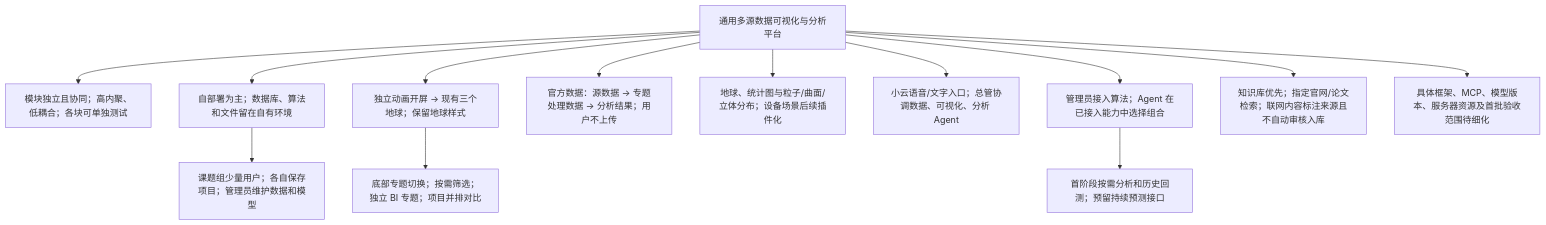
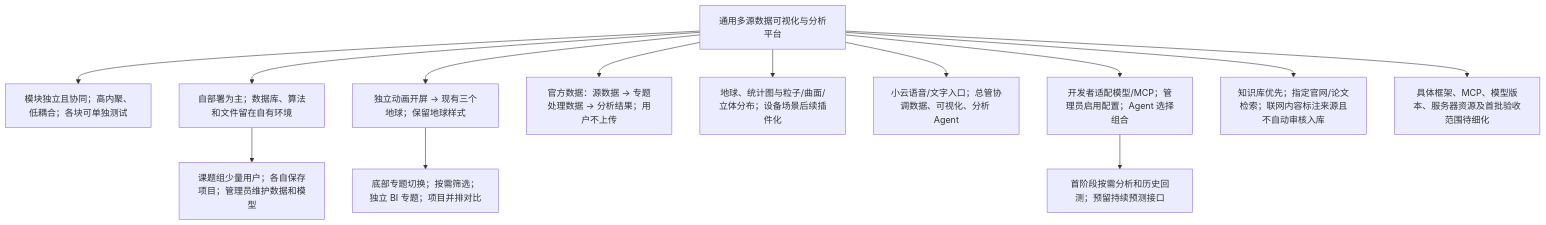
The first of 3 diagrams in PROJECT_DASHBOARD.md (shelly-zyz/clone_website), drawn with Mermaid before and after one commit. The commit also changed 1 other file, not shown here.

Commit message:
docs(architecture): clarify approved plugin management scope

````diff
--- a/PROJECT_DASHBOARD.md
+++ b/PROJECT_DASHBOARD.md
@@ -12,16 +12,16 @@
 ```mermaid
 flowchart TD
     NEW["通用多源数据可视化与分析平台"]
     NEW --> PRINCIPLES["模块独立且协同；高内聚、低耦合；各块可单独测试"]
     NEW --> DEPLOY["自部署为主；数据库、算法和文件留在自有环境"]
     DEPLOY --> USERS["课题组少量用户；各自保存项目；管理员维护数据和模型"]
     NEW --> ENTRY["独立动画开屏 → 现有三个地球；保留地球样式"]
     ENTRY --> UI["底部专题切换；按需筛选；独立 BI 专题；项目并排对比"]
     NEW --> DATA["官方数据：源数据 → 专题处理数据 → 分析结果；用户不上传"]
     NEW --> VIZ["地球、统计图与粒子/曲面/立体分布；设备场景后续插件化"]
     NEW --> AGENTS["小云语音/文字入口；总管协调数据、可视化、分析 Agent"]
-    NEW --> ANALYSIS["管理员接入算法；Agent 在已接入能力中选择组合"]
+    NEW --> ANALYSIS["开发者适配模型/MCP；管理员启用配置；Agent 选择组合"]
     ANALYSIS --> PHASE1["首阶段按需分析和历史回测；预留持续预测接口"]
     NEW --> KB["知识库优先；指定官网/论文检索；联网内容标注来源且不自动审核入库"]
     NEW --> TBD["具体框架、MCP、模型版本、服务器资源及首批验收范围待细化"]
 ```
````
